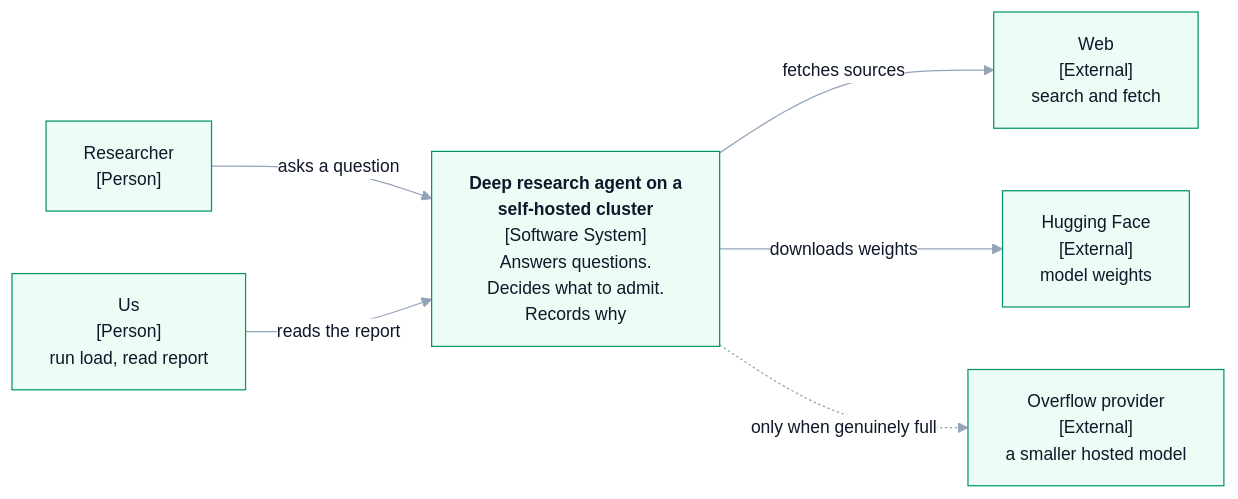
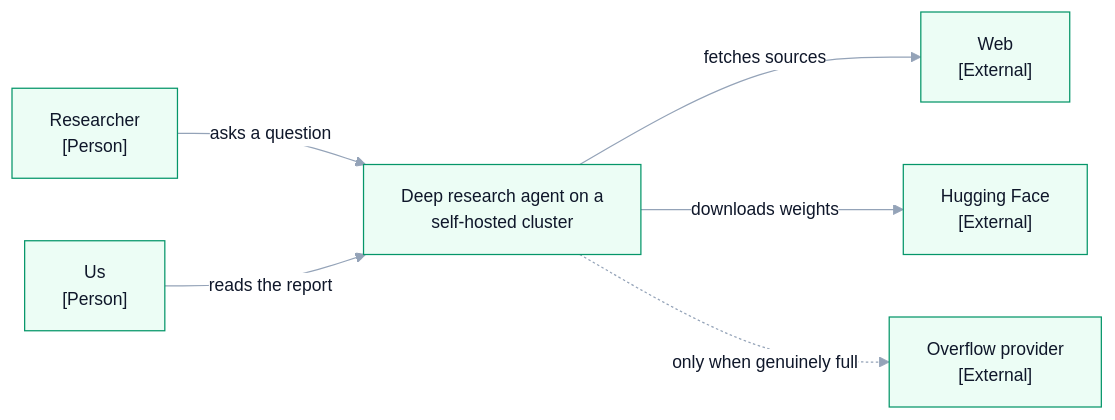
One commit to harshuljain13/Dodona changed the first of 4 diagrams in docs/project/02-cluster.md. Above: the diagram before and after it, drawn with Mermaid. The commit also changed other lines of this file and 17 other files, not shown here.

````diff
--- a/docs/project/02-cluster.md
+++ b/docs/project/02-cluster.md
@@ -8,25 +8,25 @@
 ```mermaid
 %%{init: {'theme':'base','themeVariables':{
   'fontFamily':'ui-sans-serif, -apple-system, Segoe UI, Inter, Helvetica, Arial, sans-serif','fontSize':'14px',
   'primaryColor':'#ecfdf5','primaryTextColor':'#0f172a','primaryBorderColor':'#059669',
   'secondaryColor':'#f8fafc','tertiaryColor':'#ffffff',
   'lineColor':'#94a3b8','textColor':'#1e293b',
   'clusterBkg':'#ffffff','clusterBorder':'#a7f3d0',
   'edgeLabelBackground':'#ffffff','nodeBorder':'#059669'
 }}}%%
 flowchart LR
     USER["Researcher<br/>[Person]"]
-    ME["Us<br/>[Person]<br/>run load, read report"]
+    ME["Us<br/>[Person]"]
 
-    SYS["<b>Deep research agent on a<br/>self-hosted cluster</b><br/>[Software System]<br/>Answers questions.<br/>Decides what to admit.<br/>Records why"]
+    SYS["Deep research agent on a<br/>self-hosted cluster"]
 
-    WEB["Web<br/>[External]<br/>search and fetch"]
-    HF["Hugging Face<br/>[External]<br/>model weights"]
-    OVF["Overflow provider<br/>[External]<br/>a smaller hosted model"]
+    WEB["Web<br/>[External]"]
+    HF["Hugging Face<br/>[External]"]
+    OVF["Overflow provider<br/>[External]"]
 
     USER -->|"asks a question"| SYS
     ME -->|"reads the report"| SYS
     SYS -->|"fetches sources"| WEB
     SYS -->|"downloads weights"| HF
     SYS -.->|"only when genuinely full"| OVF
 ```
````
